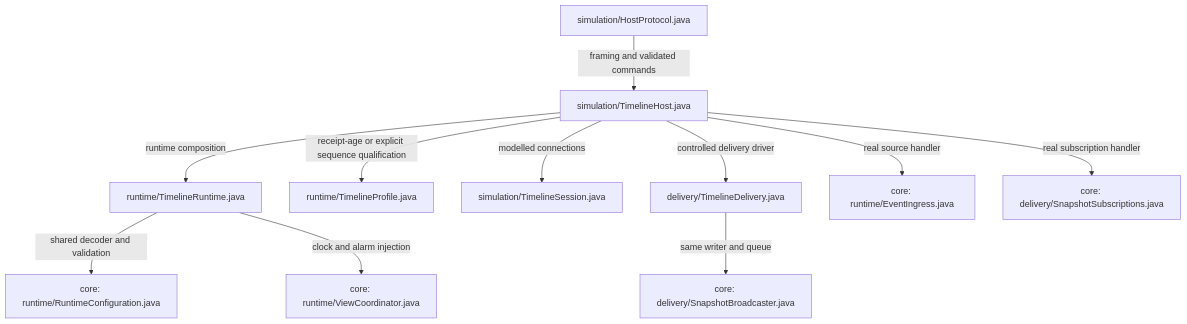
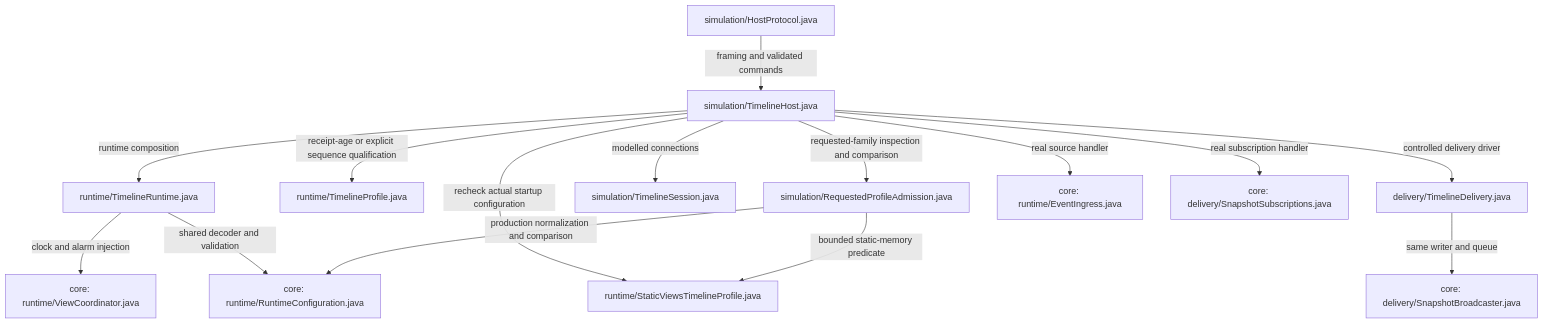
One commit to sproates/zooglass changed diagram 15 of 21 in zooglass/docs/source-map.md. Above: the diagram before and after it, drawn with Mermaid. The commit also changed 21 other files, not shown here.

Commit message:
Add requested admission for bounded static memory views

````diff
--- a/zooglass/docs/source-map.md
+++ b/zooglass/docs/source-map.md
@@ -490,13 +490,17 @@
 ```mermaid
 flowchart TB
   protocol["simulation/HostProtocol.java"] -->|framing and validated commands| host["simulation/TimelineHost.java"]
   host -->|runtime composition| runtime["runtime/TimelineRuntime.java"]
   host -->|receipt-age or explicit sequence qualification| profile["runtime/TimelineProfile.java"]
+  host -->|requested-family inspection and comparison| requested["simulation/RequestedProfileAdmission.java"]
+  requested -->|bounded static-memory predicate| static["runtime/StaticViewsTimelineProfile.java"]
+  host -->|recheck actual startup configuration| static
+  requested -->|production normalization and comparison| configuration
   host -->|modelled connections| session["simulation/TimelineSession.java"]
   host -->|controlled delivery driver| driver["delivery/TimelineDelivery.java"]
   host -->|real source handler| ingress["core: runtime/EventIngress.java"]
   host -->|real subscription handler| subscriptions["core: delivery/SnapshotSubscriptions.java"]
   runtime -->|shared decoder and validation| configuration["core: runtime/RuntimeConfiguration.java"]
   runtime -->|clock and alarm injection| coordinator["core: runtime/ViewCoordinator.java"]
   driver -->|same writer and queue| broadcaster["core: delivery/SnapshotBroadcaster.java"]
 ```
````
